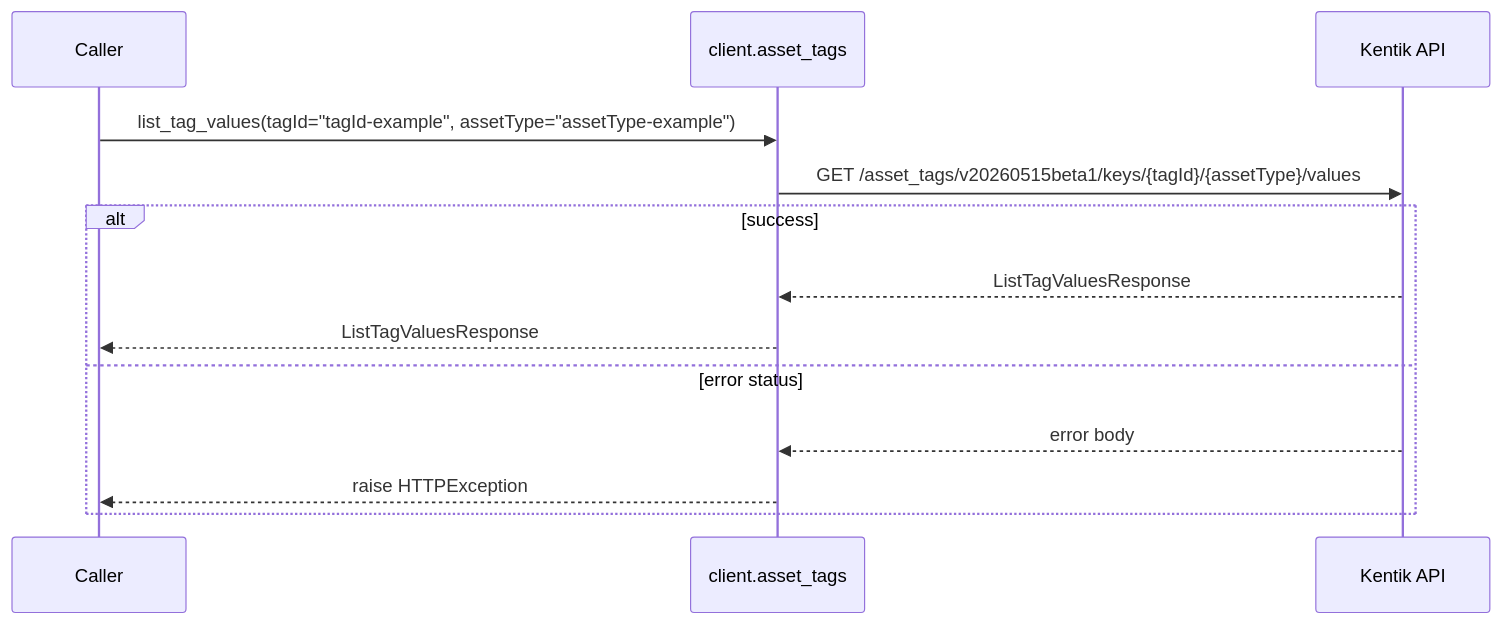
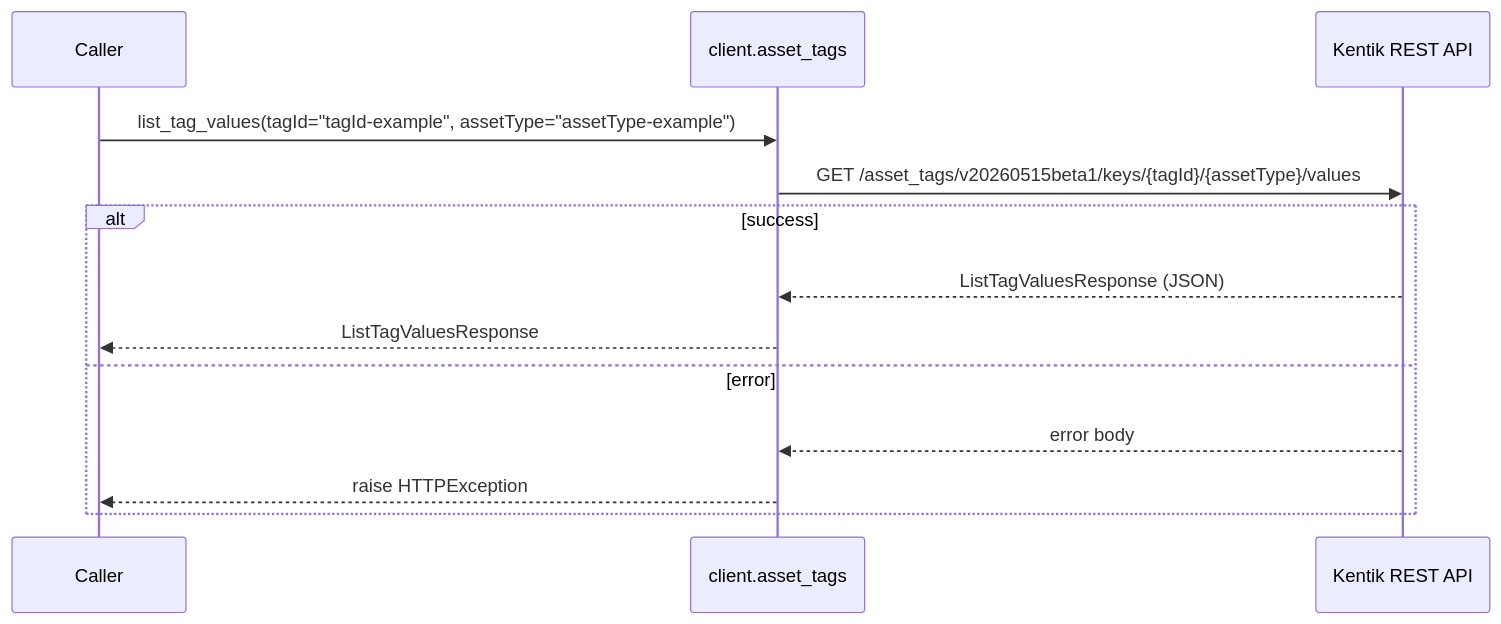
Diagram 14 of 20 in docs/sphinx/services/asset_tags.md (alexdearaujo/community_sdk_python), drawn with Mermaid before and after one commit. The commit also changed other lines of this file and 61 other files, not shown here.

````diff
--- a/docs/sphinx/services/asset_tags.md
+++ b/docs/sphinx/services/asset_tags.md
@@ -329,16 +481,16 @@
 ```mermaid
 sequenceDiagram
     participant C as Caller
     participant W as client.asset_tags
-    participant API as Kentik API
+    participant API as Kentik REST API
 
     C->>W: list_tag_values(tagId="tagId-example", assetType="assetType-example")
     W->>API: GET /asset_tags/v20260515beta1/keys/{tagId}/{assetType}/values
     alt success
-        API-->>W: ListTagValuesResponse
+        API-->>W: ListTagValuesResponse (JSON)
         W-->>C: ListTagValuesResponse
-    else error status
+    else error
         API-->>W: error body
         W-->>C: raise HTTPException
     end
 ```
````
